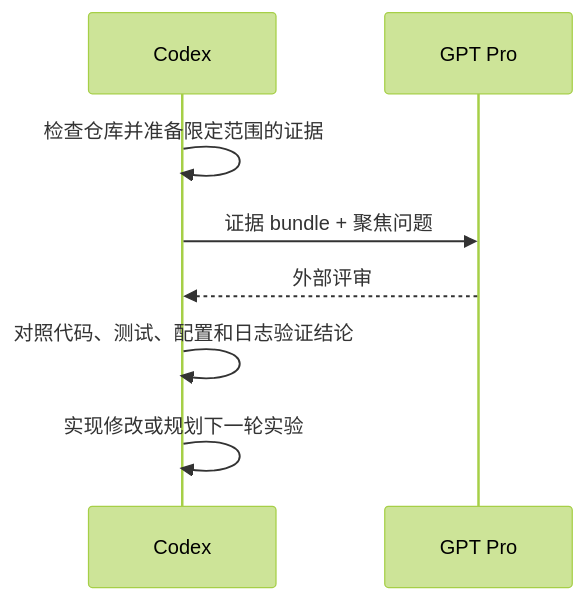
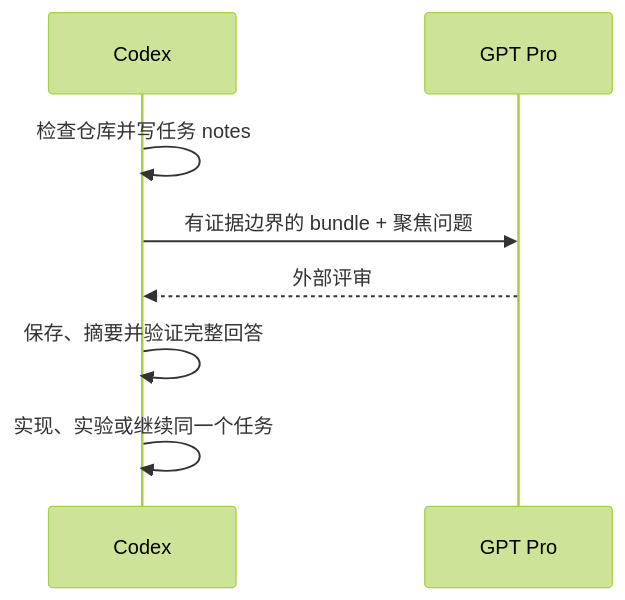
Before and after one commit to WILLOSCAR/codex-pro-bridge: the diagram in README.zh-CN.md, drawn with Mermaid (forest theme). The commit also changed other lines of this file and 1 other file, not shown here.

````diff
--- a/README.zh-CN.md
+++ b/README.zh-CN.md
@@ -38,10 +55,10 @@
 ```mermaid
 sequenceDiagram
   participant C as Codex
   participant G as GPT Pro
-  C->>C: 检查仓库并准备限定范围的证据
-  C->>G: 证据 bundle + 聚焦问题
+  C->>C: 检查仓库并写任务 notes
+  C->>G: 有证据边界的 bundle + 聚焦问题
   G-->>C: 外部评审
-  C->>C: 对照代码、测试、配置和日志验证结论
-  C->>C: 实现修改或规划下一轮实验
+  C->>C: 保存、摘要并验证完整回答
+  C->>C: 实现、实验或继续同一个任务
 ```
````
